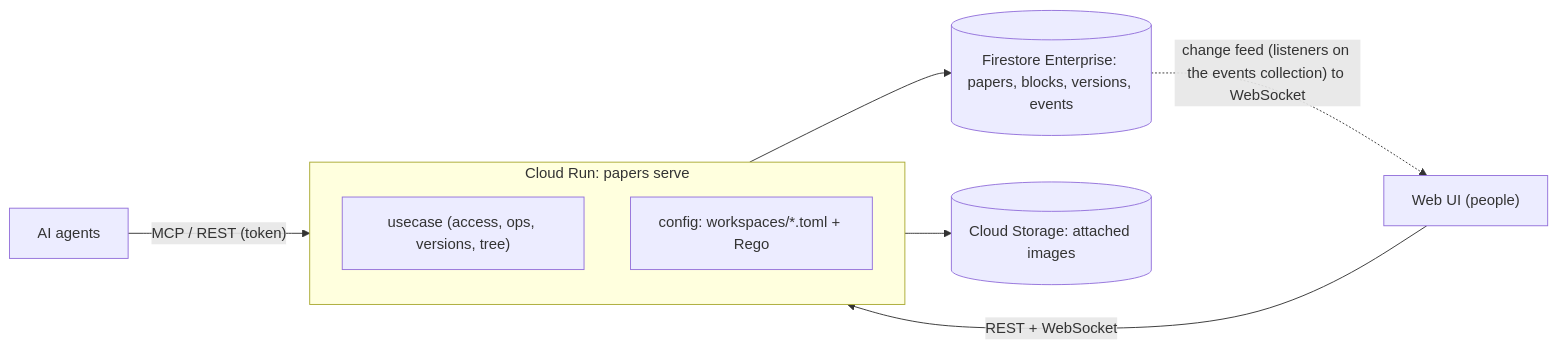
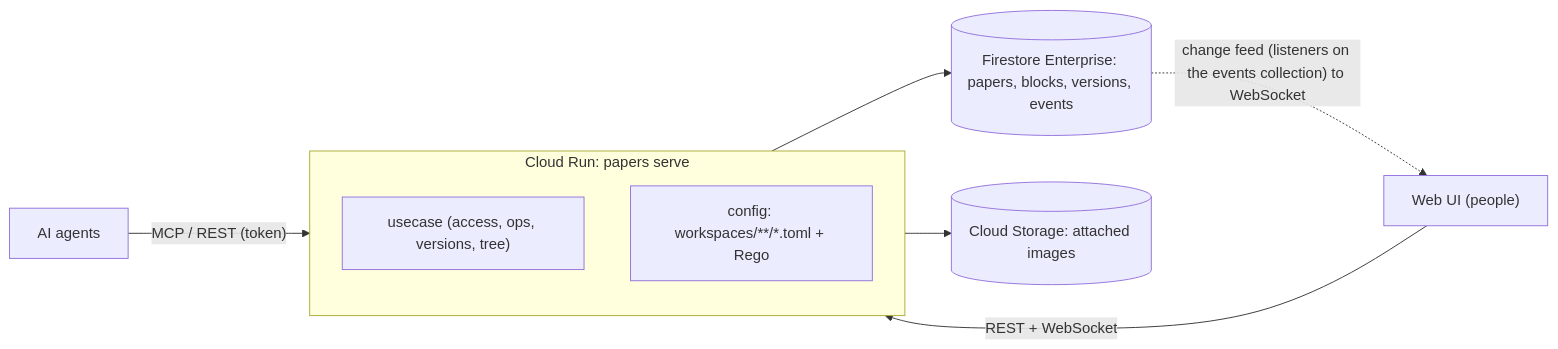
One commit to m-mizutani/papers changed the first of 2 diagrams in docs/design.md. Above: the diagram before and after it, drawn with Mermaid. The commit also changed other lines of this file and 7 other files, not shown here.

````diff
--- a/docs/design.md
+++ b/docs/design.md
@@ -20,12 +20,12 @@
 ```mermaid
 flowchart LR
   ui["Web UI (people)"] -- "REST + WebSocket" --> run
   ai["AI agents"] -- "MCP / REST (token)" --> run
   subgraph run["Cloud Run: papers serve"]
     uc["usecase (access, ops, versions, tree)"]
-    cfg["config: workspaces/*.toml + Rego"]
+    cfg["config: workspaces/**/*.toml + Rego"]
   end
   run --> fs[("Firestore Enterprise: papers, blocks, versions, events")]
   run --> gcs[("Cloud Storage: attached images")]
   fs -.->|"change feed (listeners on the events collection) to WebSocket"| ui
 ```
````
